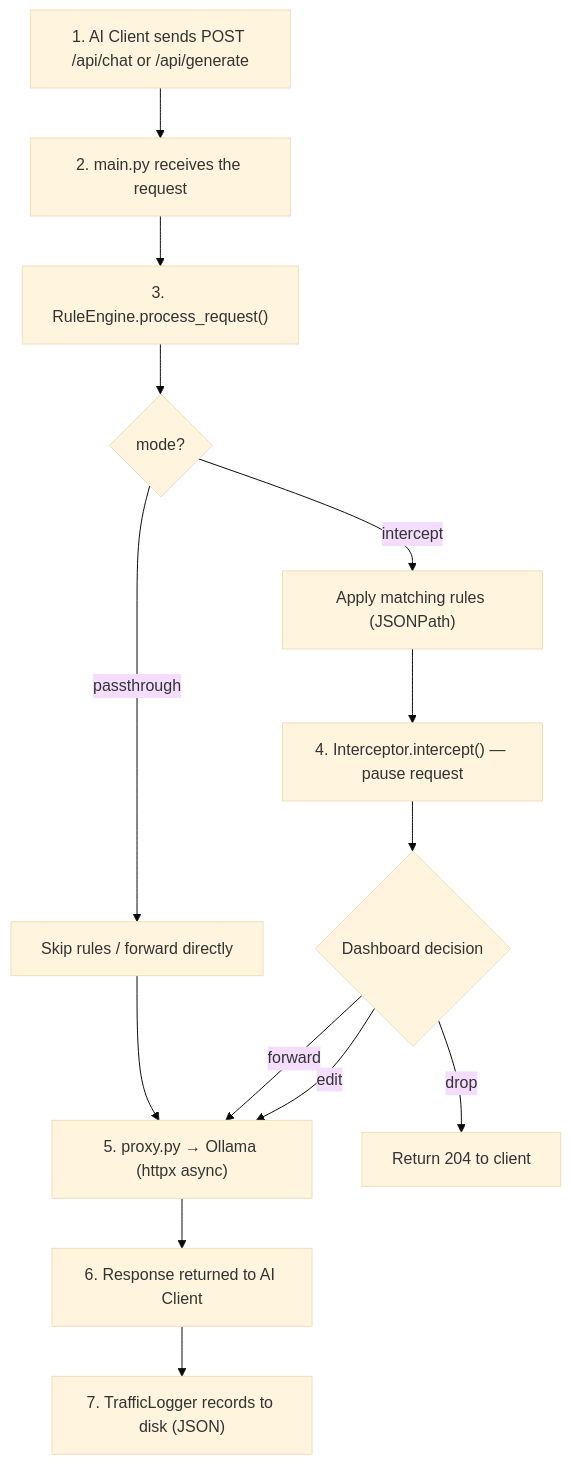
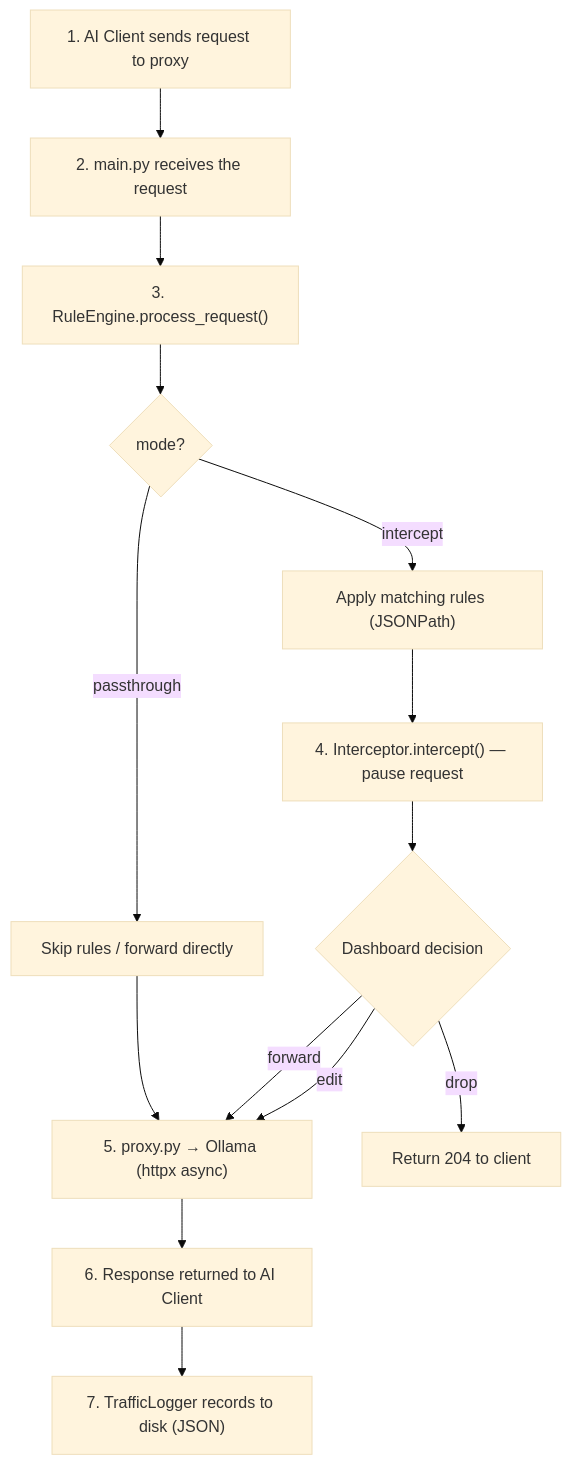
One commit to juandgm13/PromptInterceptor changed the second of 2 diagrams in docs/architecture.md. Above: the diagram before and after it, drawn with Mermaid (base theme). The commit also changed other lines of this file and 4 other files, not shown here.

````diff
--- a/docs/architecture.md
+++ b/docs/architecture.md
@@ -18,16 +18,16 @@
 ```mermaid
 flowchart TD
-    A["1. AI Client sends POST /api/chat or /api/generate"] --> B["2. main.py receives the request"]
+    A["1. AI Client sends request to proxy"] --> B["2. main.py receives the request"]
     B --> C["3. RuleEngine.process_request()"]
     C --> D{"mode?"}
     D -- passthrough --> E["Skip rules / forward directly"]
     D -- intercept --> F["Apply matching rules (JSONPath)"]
     F --> G["4. Interceptor.intercept() — pause request"]
     G --> H{"Dashboard decision"}
     H -- forward --> I["5. proxy.py → Ollama (httpx async)"]
     H -- edit --> I
     H -- drop --> Z["Return 204 to client"]
     E --> I
     I --> J["6. Response returned to AI Client"]
     J --> K["7. TrafficLogger records to disk (JSON)"]
 ```
````
